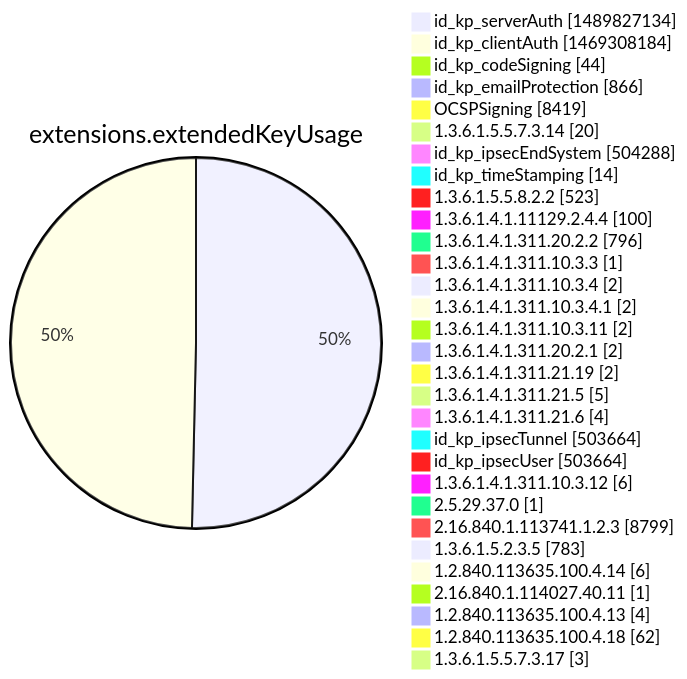
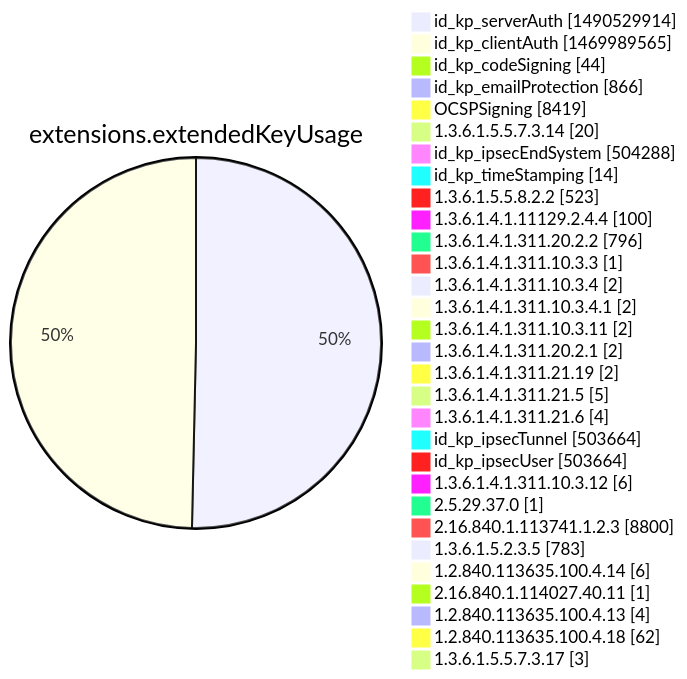
Diagram 12 of 15 in argon2022/README.md (christiankrug/ctmonitor_visualization), drawn with Mermaid before and after one commit. The commit also changed other lines of this file, not shown here.

````diff
--- a/argon2022/README.md
+++ b/argon2022/README.md
@@ -3555,34 +3555,34 @@
 ```mermaid
 pie showData
 title extensions.extendedKeyUsage
-"id_kp_serverAuth" :1489827134
-"id_kp_clientAuth" :1469308184
+"id_kp_serverAuth" :1490529914
+"id_kp_clientAuth" :1469989565
 "id_kp_codeSigning" :44
 "id_kp_emailProtection" :866
 "OCSPSigning" :8419
 "1.3.6.1.5.5.7.3.14" :20
 "id_kp_ipsecEndSystem" :504288
 "id_kp_timeStamping" :14
 "1.3.6.1.5.5.8.2.2" :523
 "1.3.6.1.4.1.11129.2.4.4" :100
 "1.3.6.1.4.1.311.20.2.2" :796
 "1.3.6.1.4.1.311.10.3.3" :1
 "1.3.6.1.4.1.311.10.3.4" :2
 "1.3.6.1.4.1.311.10.3.4.1" :2
 "1.3.6.1.4.1.311.10.3.11" :2
 "1.3.6.1.4.1.311.20.2.1" :2
 "1.3.6.1.4.1.311.21.19" :2
 "1.3.6.1.4.1.311.21.5" :5
 "1.3.6.1.4.1.311.21.6" :4
 "id_kp_ipsecTunnel" :503664
 "id_kp_ipsecUser" :503664
 "1.3.6.1.4.1.311.10.3.12" :6
 "2.5.29.37.0" :1
-"2.16.840.1.113741.1.2.3" :8799
+"2.16.840.1.113741.1.2.3" :8800
 "1.3.6.1.5.2.3.5" :783
 "1.2.840.113635.100.4.14" :6
 "2.16.840.1.114027.40.11" :1
 "1.2.840.113635.100.4.13" :4
 "1.2.840.113635.100.4.18" :62
 "1.3.6.1.5.5.7.3.17" :3
 ```
````
